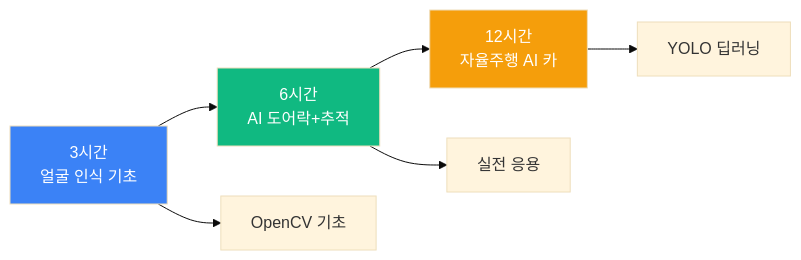
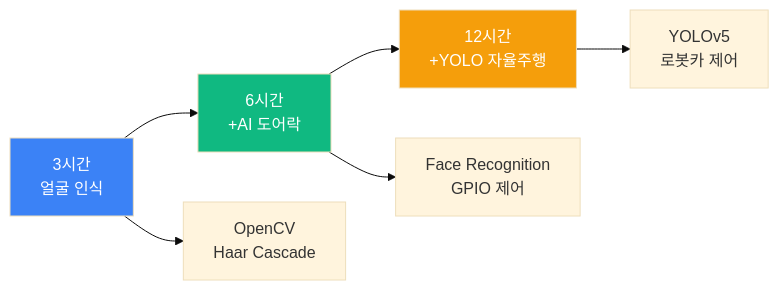
One commit to Collegenie-X/AIMakerLab_Web changed the first of 9 diagrams in documents/CURRICULUM/맛보기_라즈베리파이_AI.md. Above: the diagram before and after it, drawn with Mermaid (base theme). The commit also changed other lines of this file and 3 other files, not shown here.

````diff
--- a/documents/CURRICULUM/맛보기_라즈베리파이_AI.md
+++ b/documents/CURRICULUM/맛보기_라즈베리파이_AI.md
@@ -57,13 +75,13 @@
 ```mermaid
 graph LR
-    A[3시간<br/>얼굴 인식 기초] --> B[6시간<br/>AI 도어락+추적]
-    B --> C[12시간<br/>자율주행 AI 카]
+    A[3시간<br/>얼굴 인식] --> B[6시간<br/>+AI 도어락]
+    B --> C[12시간<br/>+YOLO 자율주행]
     
-    A --> A1[OpenCV 기초]
-    B --> B1[실전 응용]
-    C --> C1[YOLO 딥러닝]
+    A --> A1[OpenCV<br/>Haar Cascade]
+    B --> B1[Face Recognition<br/>GPIO 제어]
+    C --> C1[YOLOv5<br/>로봇카 제어]
     
     style A fill:#3b82f6,color:#fff
     style B fill:#10b981,color:#fff
     style C fill:#f59e0b,color:#fff
 ```
````
